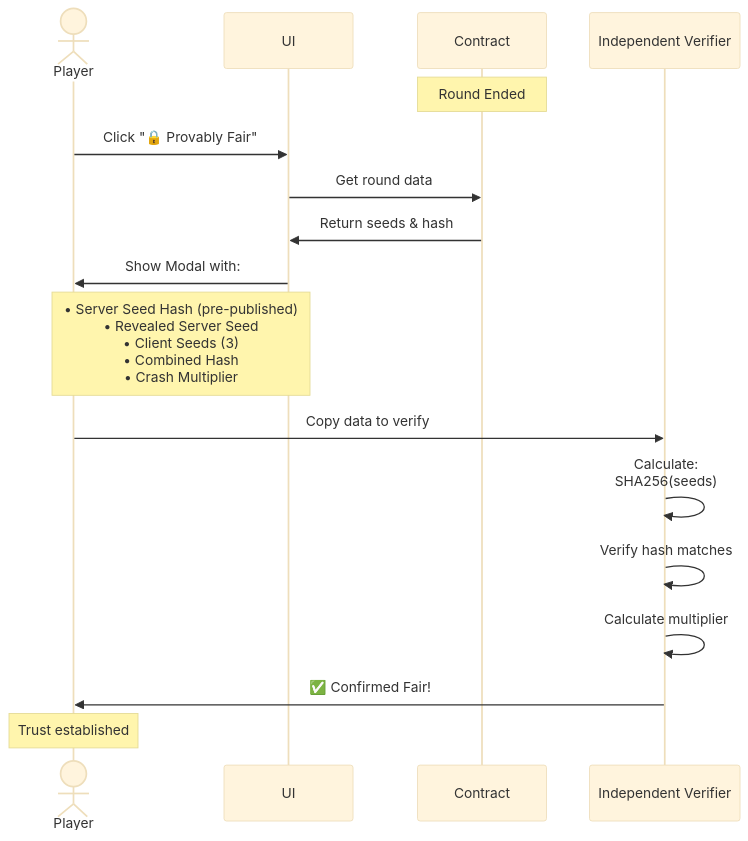
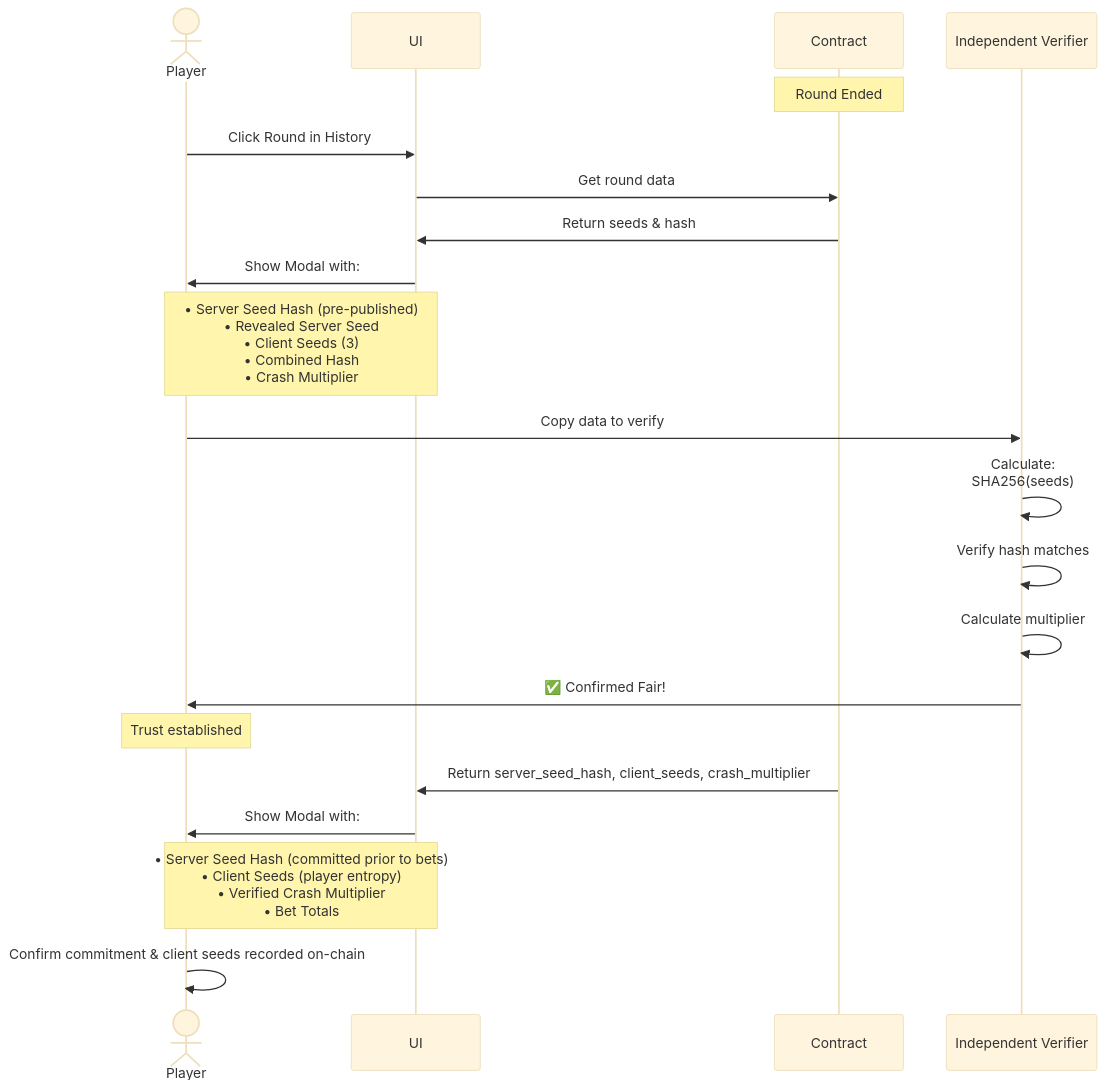
One commit to balloonfly-hq/hackathon-scaffold-stellar changed the seventh of 19 diagrams in USE_CASES.md. Above: the diagram before and after it, drawn with Mermaid (base theme). The commit also changed other lines of this file, not shown here.

Commit message:
docs: document server seed commitment and on-chain storage limitations (fixes #84) (#153)

````diff
--- a/USE_CASES.md
+++ b/USE_CASES.md
@@ -343,23 +351,28 @@
 ```mermaid
 sequenceDiagram
     actor Player
     participant UI
     participant Contract
     participant Verifier as Independent Verifier
 
     Note over Contract: Round Ended
-    Player->>UI: Click "🔒 Provably Fair"
+    Player->>UI: Click Round in History
     UI->>Contract: Get round data
     Contract->>UI: Return seeds & hash
 
     UI->>Player: Show Modal with:
     Note over Player,UI: • Server Seed Hash (pre-published)<br/>• Revealed Server Seed<br/>• Client Seeds (3)<br/>• Combined Hash<br/>• Crash Multiplier
 
     Player->>Verifier: Copy data to verify
     Verifier->>Verifier: Calculate:<br/>SHA256(seeds)
     Verifier->>Verifier: Verify hash matches
     Verifier->>Verifier: Calculate multiplier
     Verifier->>Player: ✅ Confirmed Fair!
 
     Note over Player: Trust established
+    Contract->>UI: Return server_seed_hash, client_seeds, crash_multiplier
+
+    UI->>Player: Show Modal with:
+    Note over Player,UI: • Server Seed Hash (committed prior to bets)<br/>• Client Seeds (player entropy)<br/>• Verified Crash Multiplier<br/>• Bet Totals
+    Player->>Player: Confirm commitment & client seeds recorded on-chain
 ```
````
